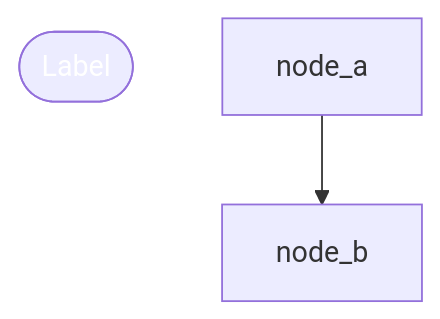
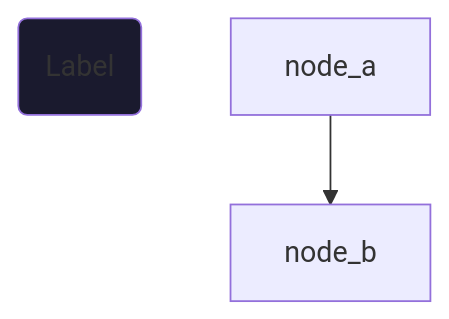
Before and after one commit to NamHyeongKeol/viz-vibe: the fourth of 6 diagrams in shared/templates/VIZVIBE.md, drawn with Mermaid. The commit also changed other lines of this file and 6 other files, not shown here.

First line of the commit message:
feat: Add lastActiveNode tracking and GitHub-style design renewal

````diff
--- a/shared/templates/VIZVIBE.md
+++ b/shared/templates/VIZVIBE.md
@@ -422,16 +422,17 @@
 ```mermaid
 flowchart TD
     %% === PROJECT GOALS ===
     %% Ultimate Goal: [describe the final objective]
     %% Current Goal: [describe immediate focus]
+    %% @lastActive: node_id
 
     %% === NODES ===
     %% @node_id [type, state]: Description
-    node_id(["Label"])
+    node_id("Label")
 
     %% === EDGES ===
     node_a --> node_b
 
     %% === STYLES ===
-    style node_id fill:#color,stroke:#color,color:#fff
+    style node_id fill:#1a1a2e,stroke:#color,color:#text
 ```
````
